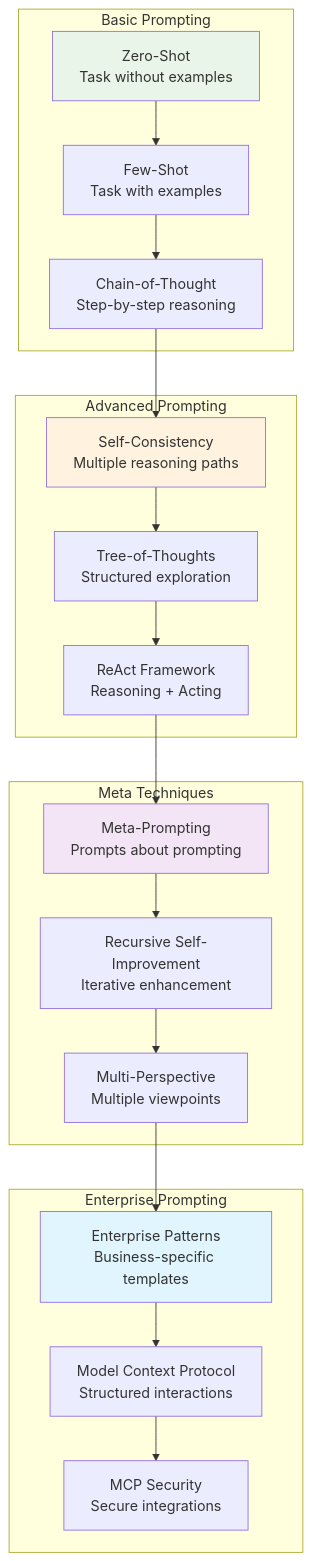
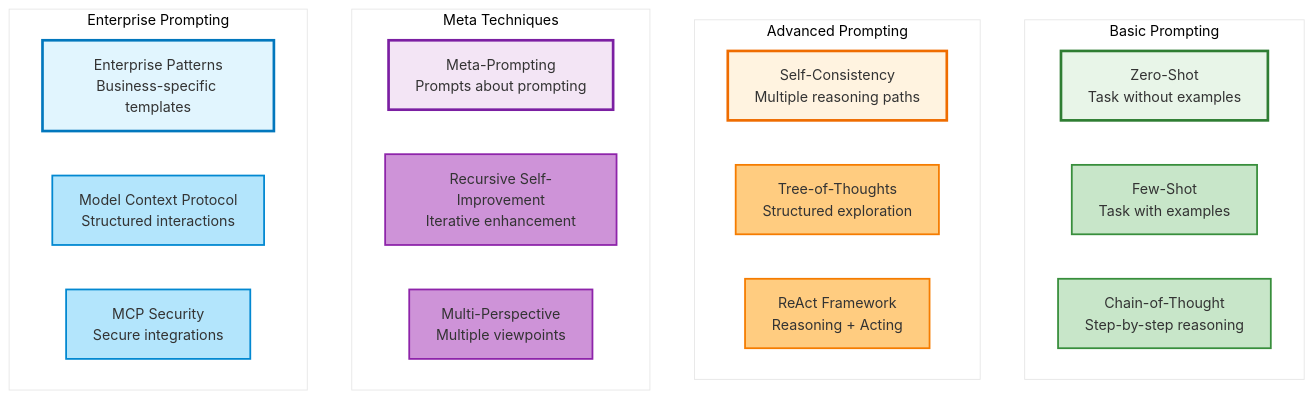
One commit to kishorekkota/kishorekkota.github.io changed the seventh of 28 diagrams in llm_ai/ai_concepts_visualizations.md. Above: the diagram before and after it, drawn with Mermaid. The commit also changed other lines of this file and 5 other files, not shown here.

First line of the commit message:
Enhance Mermaid diagrams and fix syntax errors

````diff
--- a/llm_ai/ai_concepts_visualizations.md
+++ b/llm_ai/ai_concepts_visualizations.md
@@ -195,43 +254,42 @@
 ```mermaid
+%%{init: {'theme':'base', 'themeVariables': { 'primaryColor': '#ffffff', 'primaryTextColor': '#333333', 'primaryBorderColor': '#cccccc', 'lineColor': '#666666'}}}%%
 graph TB
-    subgraph "Basic Prompting"
+    subgraph SG1 ["Basic Prompting"]
         ZS[Zero-Shot<br/>Task without examples]
         FS[Few-Shot<br/>Task with examples]
         CoT[Chain-of-Thought<br/>Step-by-step reasoning]
     end
     
-    subgraph "Advanced Prompting"
+    subgraph SG2 ["Advanced Prompting"]
         SC[Self-Consistency<br/>Multiple reasoning paths]
         ToT[Tree-of-Thoughts<br/>Structured exploration]
         ReAct[ReAct Framework<br/>Reasoning + Acting]
     end
     
-    subgraph "Meta Techniques"
+    subgraph SG3 ["Meta Techniques"]
         MP[Meta-Prompting<br/>Prompts about prompting]
         RSI[Recursive Self-Improvement<br/>Iterative enhancement]
         MPV[Multi-Perspective<br/>Multiple viewpoints]
     end
     
-    subgraph "Enterprise Prompting"
+    subgraph SG4 ["Enterprise Prompting"]
         EP[Enterprise Patterns<br/>Business-specific templates]
         MCP[Model Context Protocol<br/>Structured interactions]
         MCPS[MCP Security<br/>Secure integrations]
     end
     
-    ZS --> FS
-    FS --> CoT
-    CoT --> SC
-    SC --> ToT
-    ToT --> ReAct
-    ReAct --> MP
-    MP --> RSI
-    RSI --> MPV
-    MPV --> EP
-    EP --> MCP
-    MCP --> MCPS
-    
-    style ZS fill:#e8f5e8
-    style SC fill:#fff3e0
-    style MP fill:#f3e5f5
-    style EP fill:#e1f5fe
+    style ZS fill:#e8f5e8,stroke:#2e7d32,stroke-width:3px
+    style SC fill:#fff3e0,stroke:#ef6c00,stroke-width:3px
+    style MP fill:#f3e5f5,stroke:#7b1fa2,stroke-width:3px
+    style EP fill:#e1f5fe,stroke:#0277bd,stroke-width:3px
+    style FS fill:#c8e6c9,stroke:#388e3c,stroke-width:2px
+    style CoT fill:#c8e6c9,stroke:#388e3c,stroke-width:2px
+    style ToT fill:#ffcc80,stroke:#f57c00,stroke-width:2px
+    style ReAct fill:#ffcc80,stroke:#f57c00,stroke-width:2px
+    style RSI fill:#ce93d8,stroke:#8e24aa,stroke-width:2px
+    style MPV fill:#ce93d8,stroke:#8e24aa,stroke-width:2px
+    style MCP fill:#b3e5fc,stroke:#0288d1,stroke-width:2px
+    style MCPS fill:#b3e5fc,stroke:#0288d1,stroke-width:2px
+
+
 ```
````
